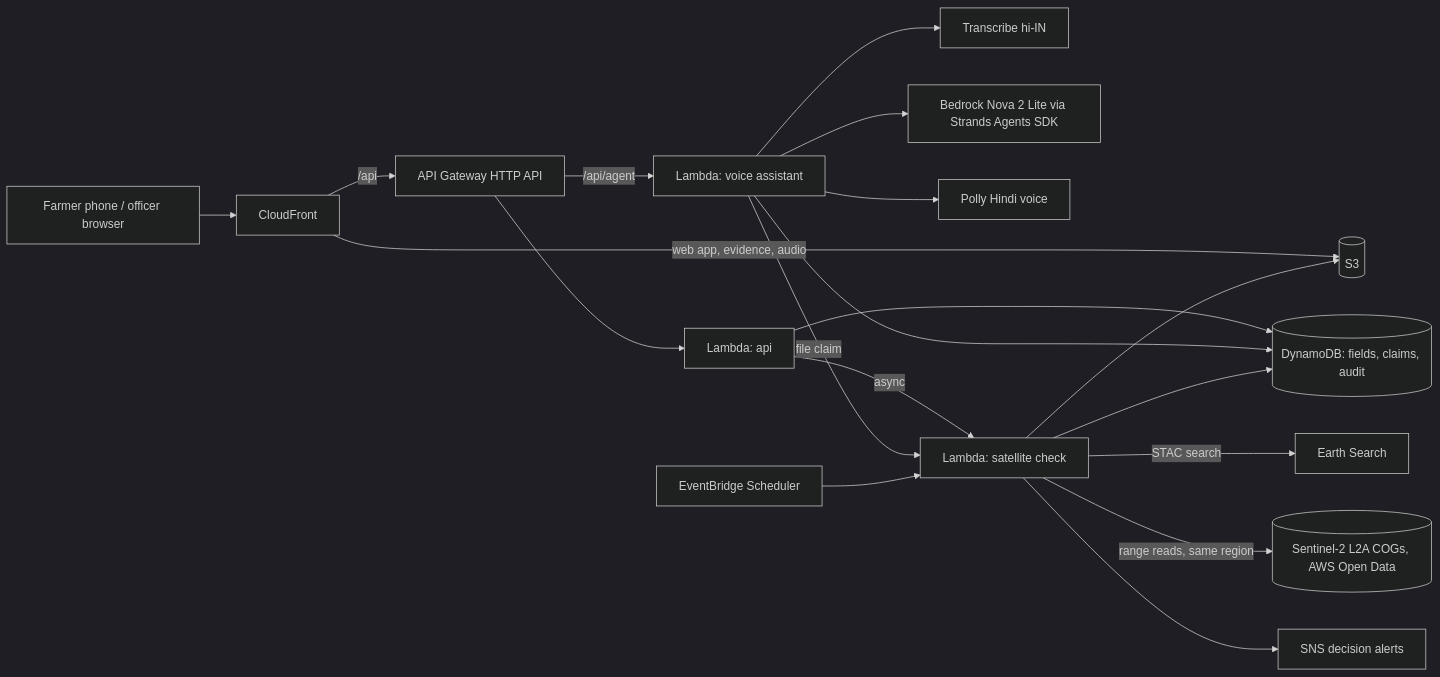
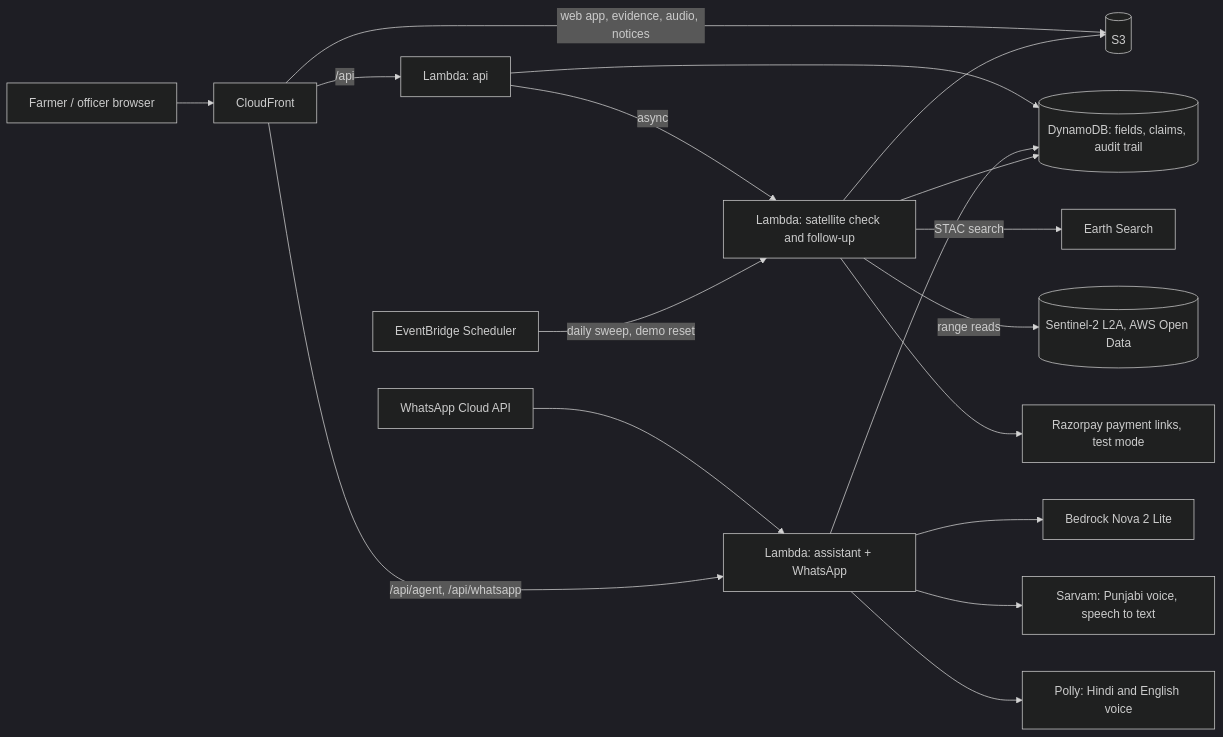
Before and after one commit to vidit-16/parali: the diagram in README.md, drawn with Mermaid (dark theme). The commit also changed other lines of this file and 7 other files, not shown here.

````diff
--- a/README.md
+++ b/README.md
@@ -56,21 +94,20 @@
 ```mermaid
 flowchart LR
-  U[Farmer phone / officer browser] --> CF[CloudFront]
-  CF -->|web app, evidence, audio| S3[(S3)]
-  CF -->|/api| GW[API Gateway HTTP API]
-  GW --> API[Lambda: api]
-  GW -->|/api/agent| AG[Lambda: voice assistant]
-  AG --> TR[Transcribe hi-IN]
-  AG --> BR[Bedrock Nova 2 Lite via Strands Agents SDK]
-  AG --> PO[Polly Hindi voice]
-  API --> DB[(DynamoDB: fields, claims, audit)]
+  U[Farmer / officer browser] --> CF[CloudFront]
+  W[WhatsApp Cloud API] --> AG
+  CF -->|web app, evidence, audio, notices| S3[(S3)]
+  CF -->|/api| API[Lambda: api]
+  CF -->|/api/agent, /api/whatsapp| AG[Lambda: assistant + WhatsApp]
+  AG --> BR[Bedrock Nova 2 Lite]
+  AG --> SV[Sarvam: Punjabi voice, speech to text]
+  AG --> PO[Polly: Hindi and English voice]
+  API --> DB[(DynamoDB: fields, claims, audit trail)]
   AG --> DB
-  API -->|async| P[Lambda: satellite check]
-  AG -->|file claim| P
-  EB[EventBridge Scheduler] --> P
+  API -->|async| P[Lambda: satellite check and follow-up]
+  EB[EventBridge Scheduler] -->|daily sweep, demo reset| P
   P -->|STAC search| ES[Earth Search]
-  P -->|range reads, same region| OD[(Sentinel-2 L2A COGs, AWS Open Data)]
+  P -->|range reads| OD[(Sentinel-2 L2A, AWS Open Data)]
+  P --> RZ[Razorpay payment links, test mode]
   P --> DB
   P --> S3
-  P --> SNS[SNS decision alerts]
 ```
````
